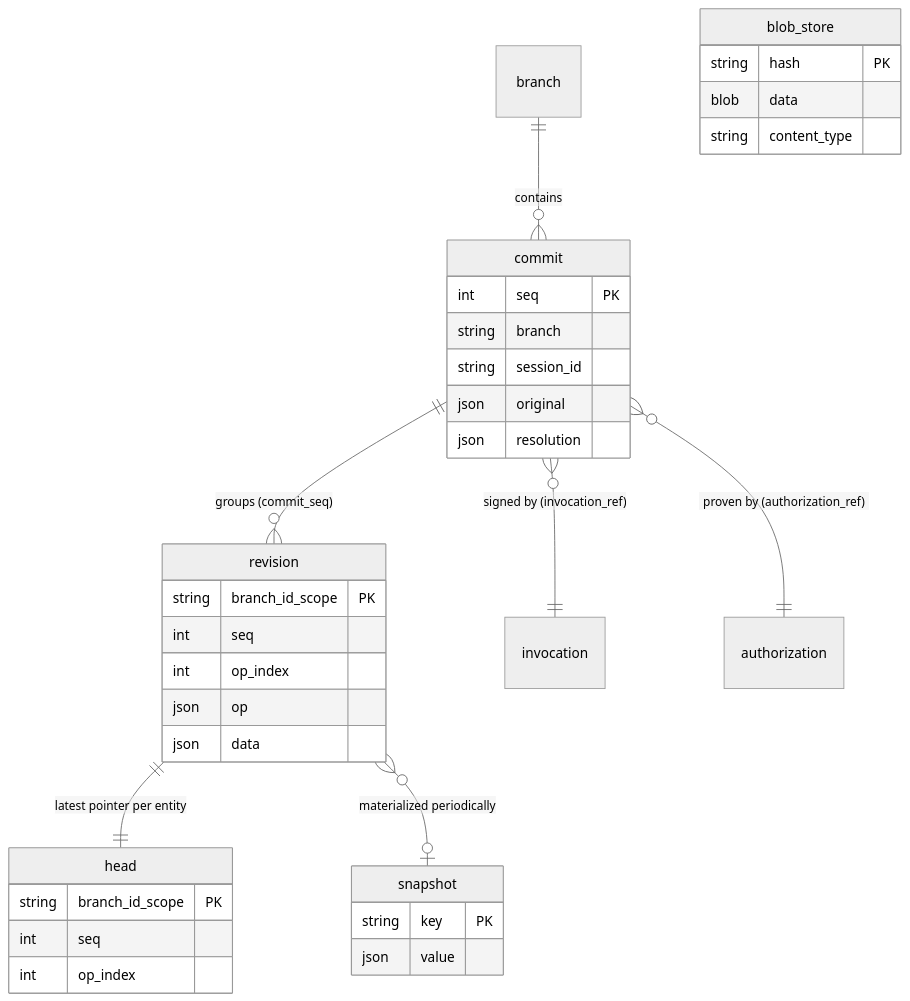
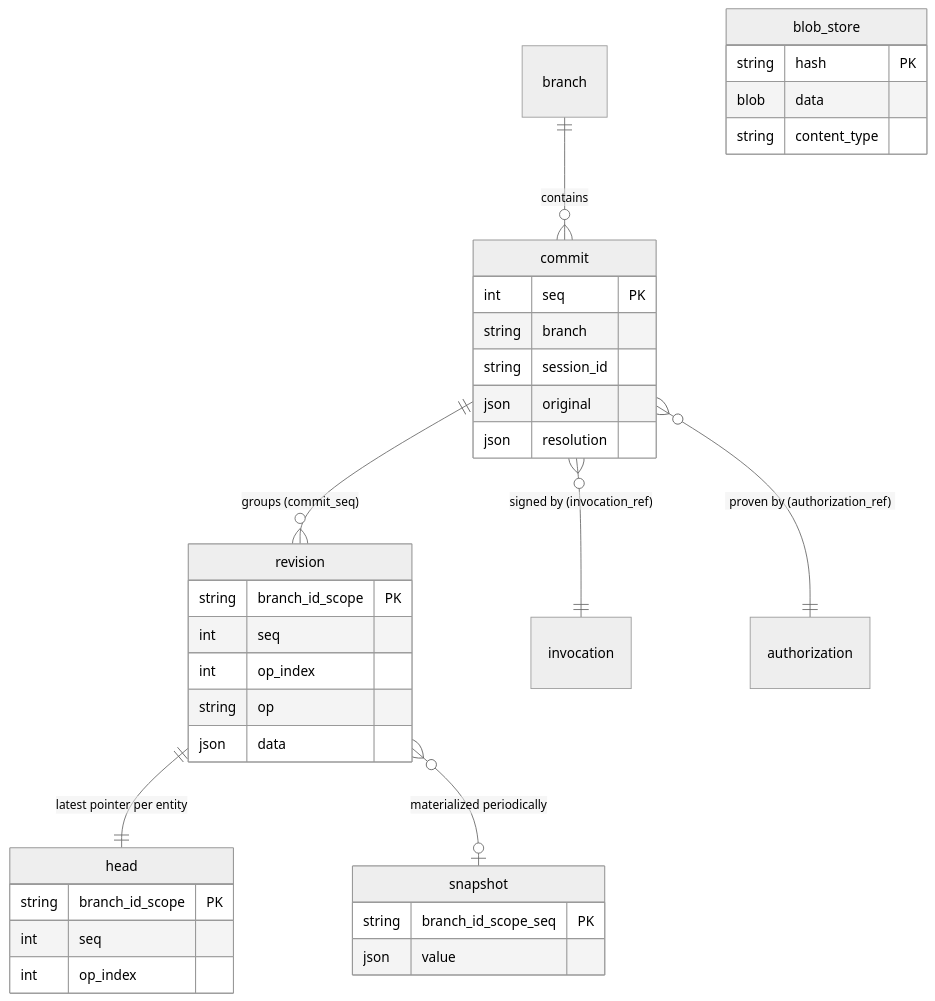
Before and after one commit to commontoolsinc/labs: the third of 5 diagrams in docs/development/orientation/storage-substrate.md, drawn with Mermaid (neutral theme). The commit also changed other lines of this file and 8 other files, not shown here.

````diff
--- a/docs/development/orientation/storage-substrate.md
+++ b/docs/development/orientation/storage-substrate.md
@@ -104,38 +104,38 @@
 ```mermaid
 erDiagram
     commit ||--o{ revision : "groups (commit_seq)"
     commit }o--|| invocation : "signed by (invocation_ref)"
     commit }o--|| authorization : "proven by (authorization_ref)"
     branch ||--o{ commit : "contains"
     revision ||--|| head : "latest pointer per entity"
     revision }o--o| snapshot : "materialized periodically"
 
     commit {
         int seq PK
         string branch
         string session_id
         json original
         json resolution
     }
     revision {
         string branch_id_scope PK
         int seq
         int op_index
-        json op
+        string op
         json data
     }
     head {
         string branch_id_scope PK
         int seq
         int op_index
     }
     snapshot {
-        string key PK
+        string branch_id_scope_seq PK
         json value
     }
     blob_store {
         string hash PK
         blob data
         string content_type
     }
 ```
````
